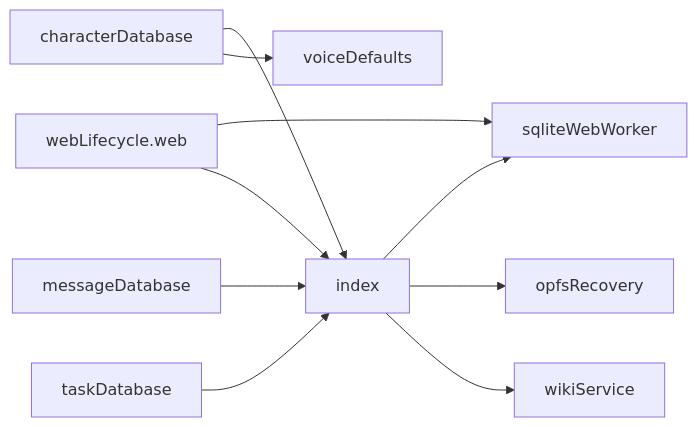
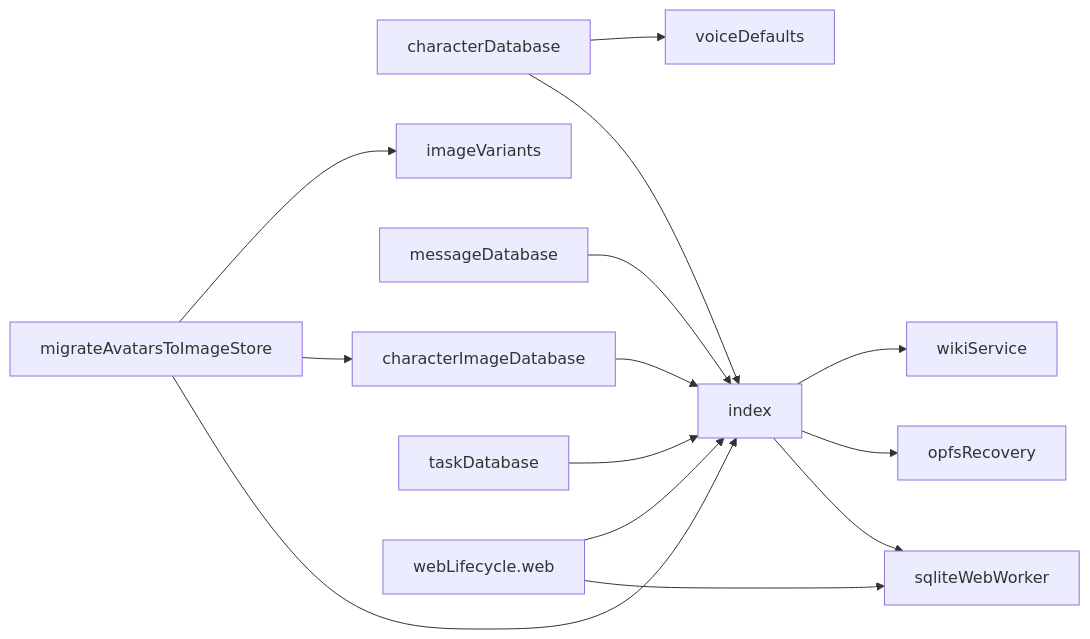
One commit to equationalapplications/clanker changed the diagram in docs/flowcharts/DATABASE.md. Above: the diagram before and after it, drawn with Mermaid. The commit also changed 4 other files, not shown here.

Commit message:
docs: regenerate architecture flowcharts

````diff
--- a/docs/flowcharts/DATABASE.md
+++ b/docs/flowcharts/DATABASE.md
@@ -4,12 +4,16 @@
 ```mermaid
 graph LR
   characterDatabase --> index
   characterDatabase --> voiceDefaults
+  characterImageDatabase --> index
   index --> sqliteWebWorker
   index --> opfsRecovery
   index --> wikiService
   messageDatabase --> index
+  migrateAvatarsToImageStore --> index
+  migrateAvatarsToImageStore --> characterImageDatabase
+  migrateAvatarsToImageStore --> imageVariants
   taskDatabase --> index
   webLifecycle.web --> sqliteWebWorker
   webLifecycle.web --> index
 ```
````
